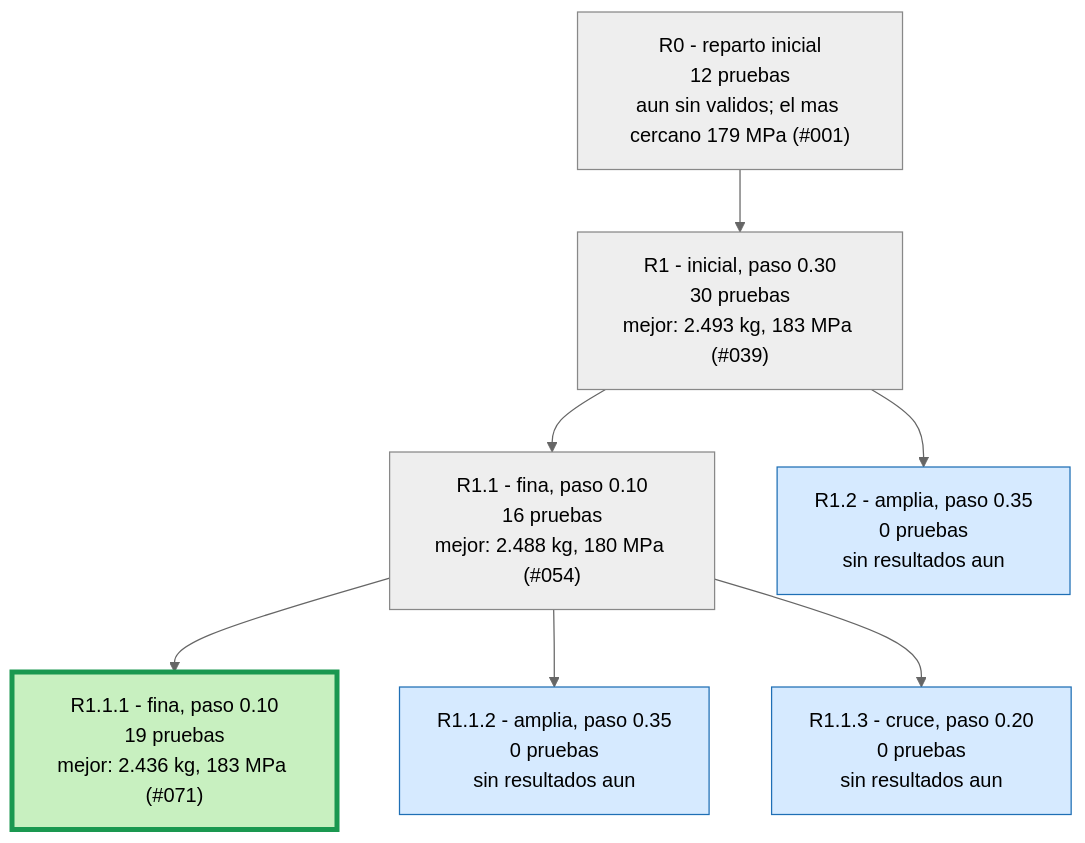
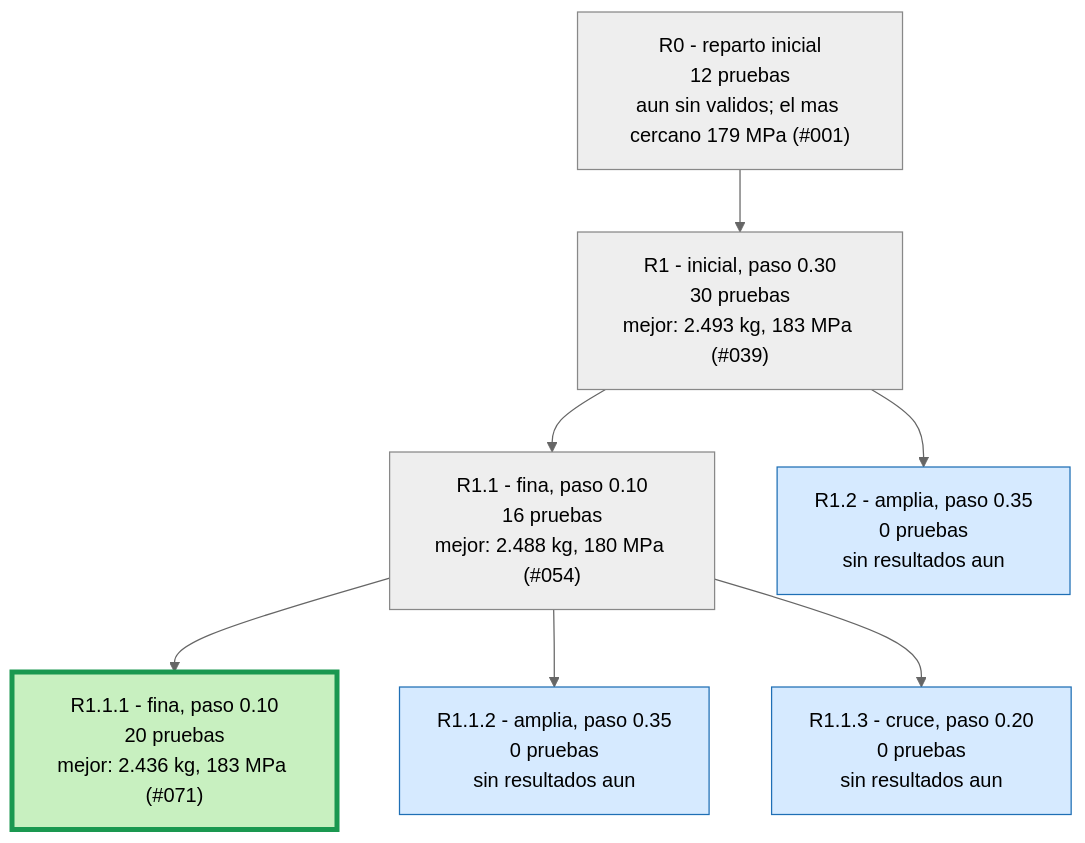
The second of 3 diagrams in runs/opt_37800N/ARBOL.md (Hugiko/msd-soporte-optimizacion), drawn with Mermaid (neutral theme) before and after one commit. The commit also changed 22 other files, not shown here.

````diff
--- a/runs/opt_37800N/ARBOL.md
+++ b/runs/opt_37800N/ARBOL.md
@@ -25,19 +25,19 @@
 ```mermaid
 graph TD
 classDef activa fill:#d6eaff,stroke:#1f6fb5,color:#000
 classDef fin fill:#eeeeee,stroke:#888,color:#000
 classDef mejor fill:#c8f0c0,stroke:#1a9850,stroke-width:4px,color:#000
 R0["R0 - reparto inicial<br/>12 pruebas<br/>aun sin validos; el mas cercano 179 MPa (#001)"]:::fin
 R1["R1 - inicial, paso 0.30<br/>30 pruebas<br/>mejor: 2.493 kg, 183 MPa (#039)"]:::fin
 R0 --> R1
 R1_1["R1.1 - fina, paso 0.10<br/>16 pruebas<br/>mejor: 2.488 kg, 180 MPa (#054)"]:::fin
 R1 --> R1_1
 R1_2["R1.2 - amplia, paso 0.35<br/>0 pruebas<br/>sin resultados aun"]:::activa
 R1 --> R1_2
-R1_1_1["R1.1.1 - fina, paso 0.10<br/>19 pruebas<br/>mejor: 2.436 kg, 183 MPa (#071)"]:::mejor
+R1_1_1["R1.1.1 - fina, paso 0.10<br/>20 pruebas<br/>mejor: 2.436 kg, 183 MPa (#071)"]:::mejor
 R1_1 --> R1_1_1
 R1_1_2["R1.1.2 - amplia, paso 0.35<br/>0 pruebas<br/>sin resultados aun"]:::activa
 R1_1 --> R1_1_2
 R1_1_3["R1.1.3 - cruce, paso 0.20<br/>0 pruebas<br/>sin resultados aun"]:::activa
 R1_1 --> R1_1_3
 ```
````
